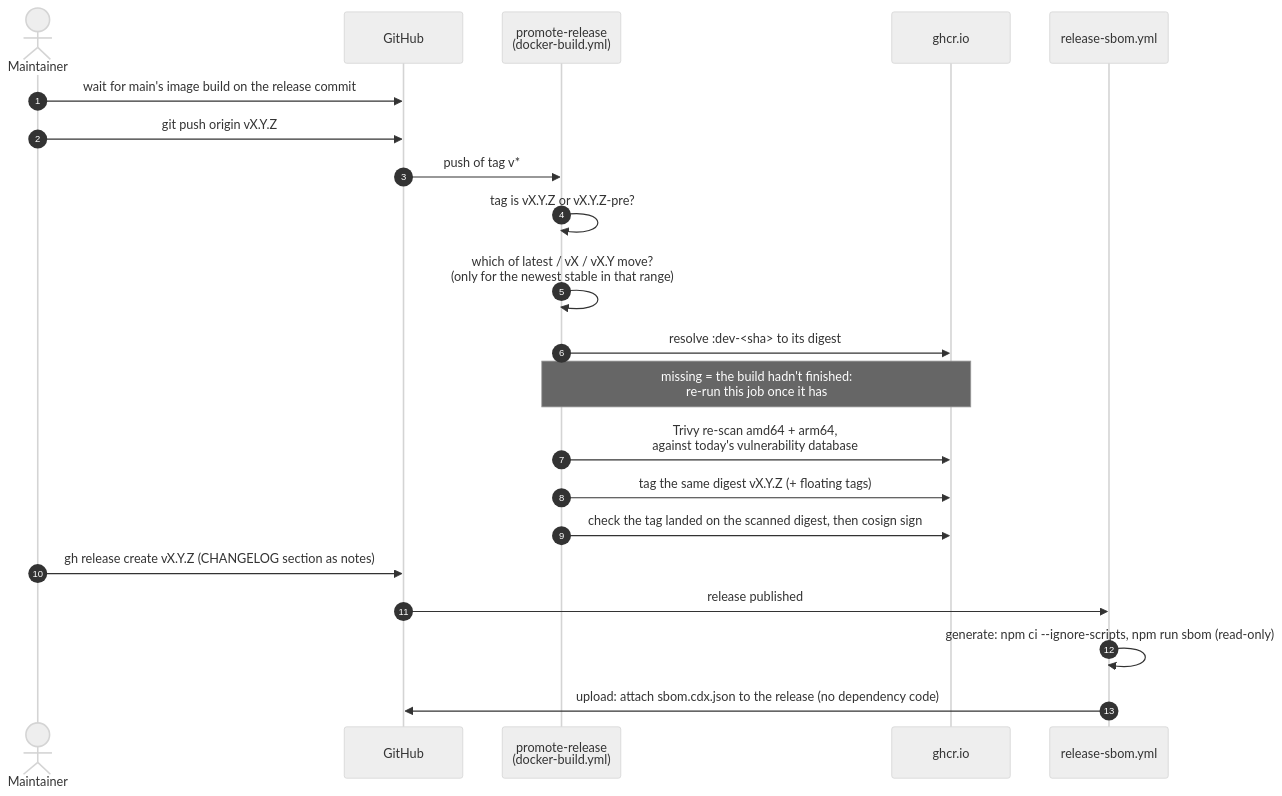
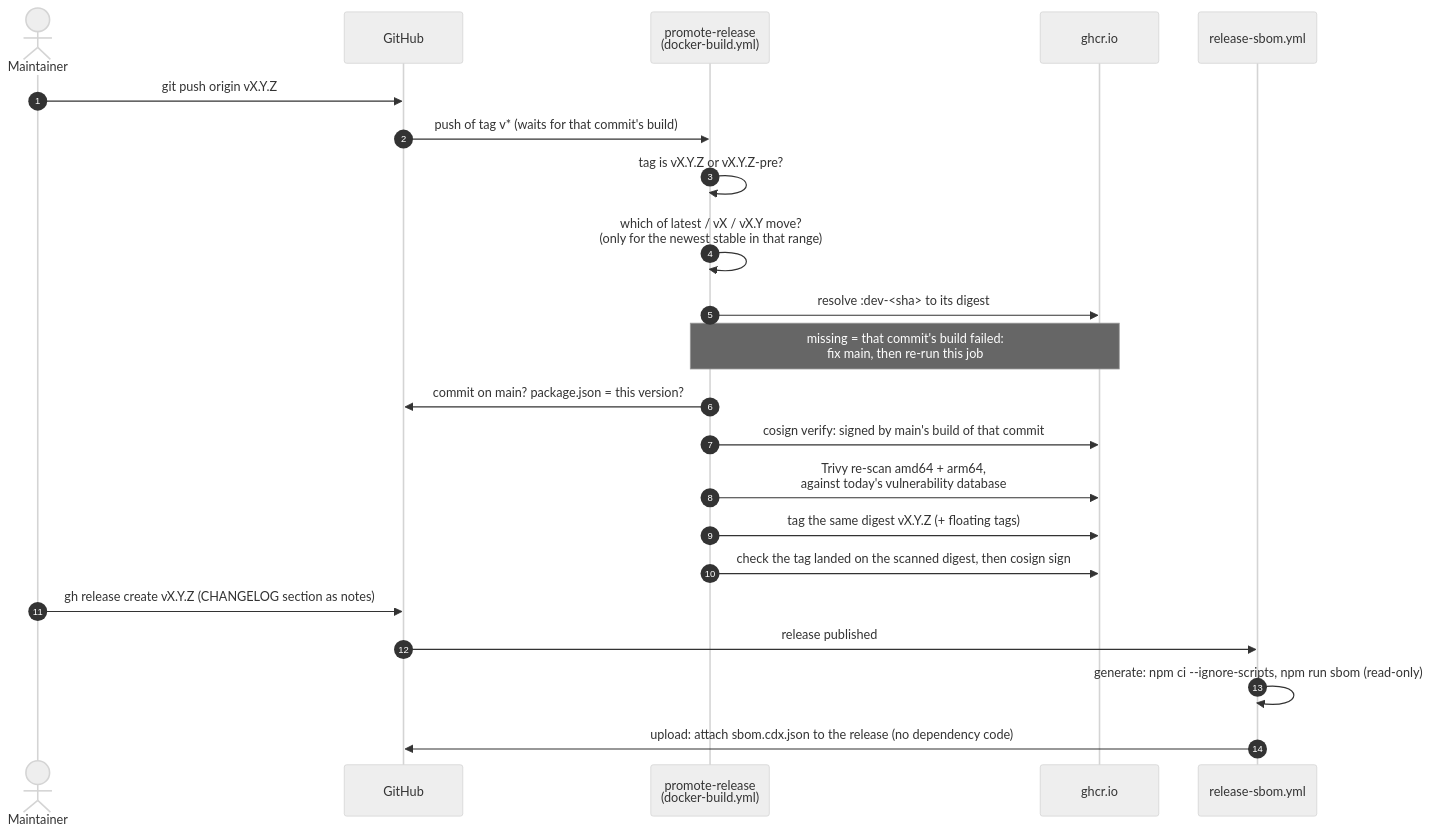
One commit to FB-UNIV/pocket-portal changed the fourth of 4 diagrams in docs/CI.md. Above: the diagram before and after it, drawn with Mermaid (neutral theme). The commit also changed other lines of this file and 2 other files, not shown here.

First line of the commit message:
ci: never drop a main build, tag only scanned images, verify before releasing (#99)

````diff
--- a/docs/CI.md
+++ b/docs/CI.md
@@ -135,24 +141,25 @@
 ```mermaid
 sequenceDiagram
   autonumber
   actor M as Maintainer
   participant GH as GitHub
   participant PR as promote-release<br/>(docker-build.yml)
   participant REG as ghcr.io
   participant RS as release-sbom.yml
 
-  M->>GH: wait for main's image build on the release commit
   M->>GH: git push origin vX.Y.Z
-  GH->>PR: push of tag v*
+  GH->>PR: push of tag v* (waits for that commit's build)
   PR->>PR: tag is vX.Y.Z or vX.Y.Z-pre?
   PR->>PR: which of latest / vX / vX.Y move?<br/>(only for the newest stable in that range)
   PR->>REG: resolve :dev-<sha> to its digest
-  Note over PR,REG: missing = the build hadn't finished:<br/>re-run this job once it has
+  Note over PR,REG: missing = that commit's build failed:<br/>fix main, then re-run this job
+  PR->>GH: commit on main? package.json = this version?
+  PR->>REG: cosign verify: signed by main's build of that commit
   PR->>REG: Trivy re-scan amd64 + arm64,<br/>against today's vulnerability database
   PR->>REG: tag the same digest vX.Y.Z (+ floating tags)
   PR->>REG: check the tag landed on the scanned digest, then cosign sign
   M->>GH: gh release create vX.Y.Z (CHANGELOG section as notes)
   GH->>RS: release published
   RS->>RS: generate: npm ci --ignore-scripts, npm run sbom (read-only)
   RS->>GH: upload: attach sbom.cdx.json to the release (no dependency code)
 ```
````
